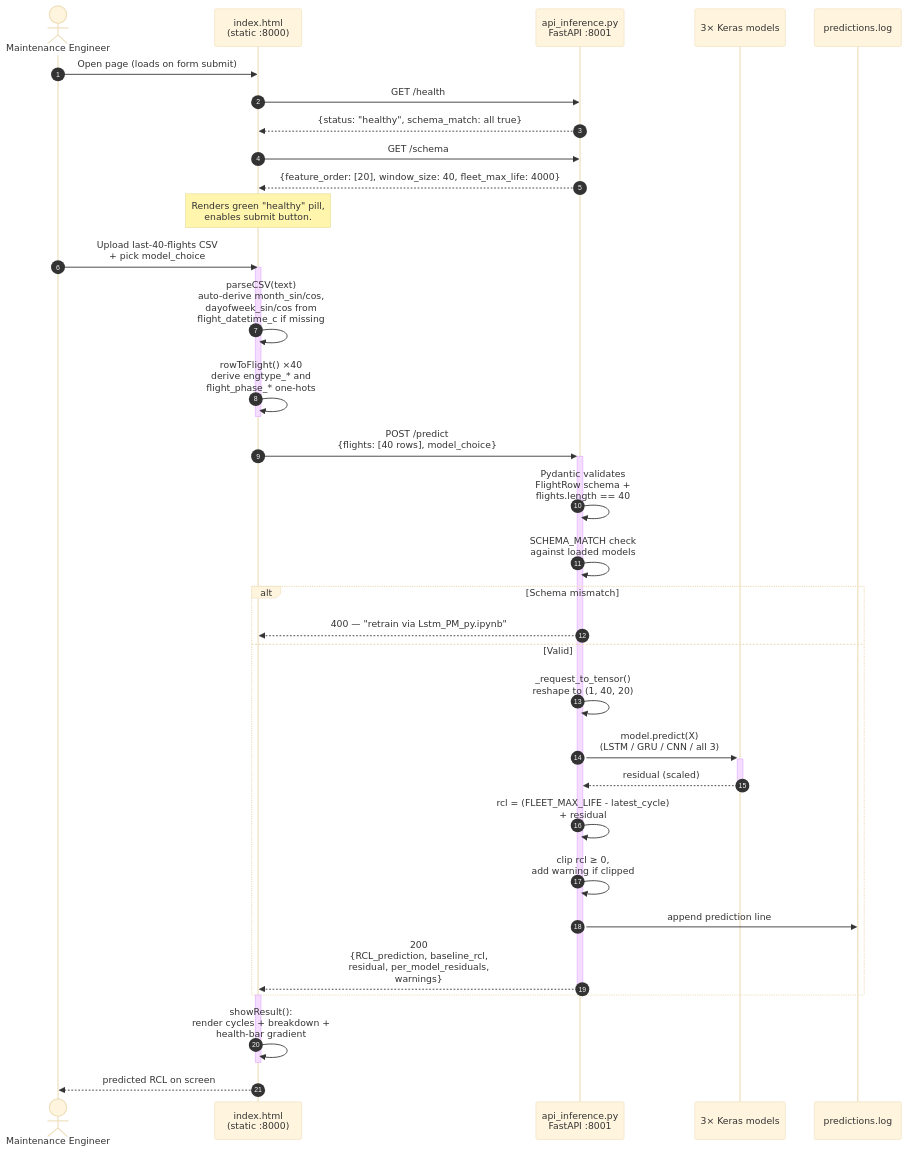
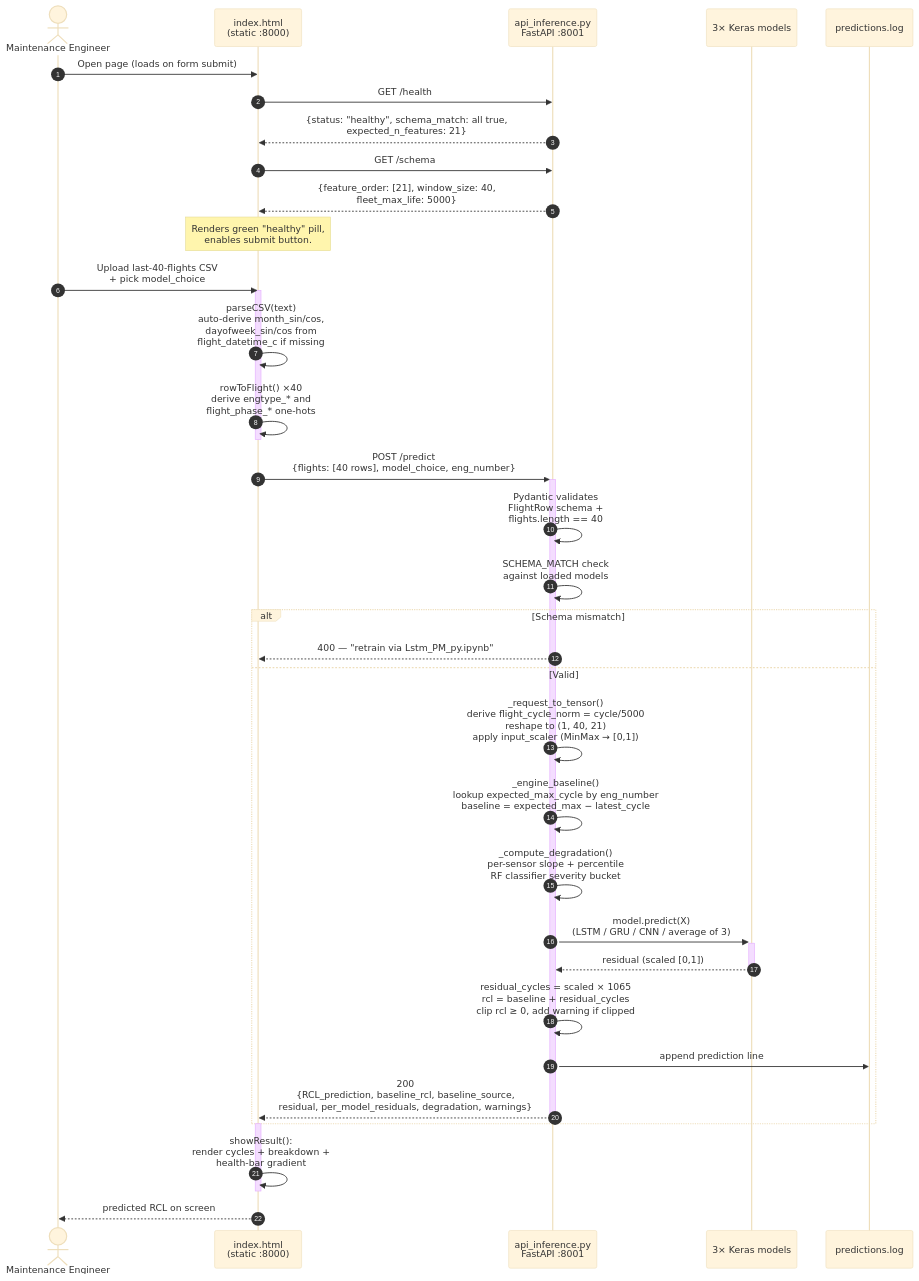
The fourth of 6 diagrams in FLOWCHARTS.md (mhassan18015/Aircraft-Engine-Removal-Forecast), drawn with Mermaid (base theme) before and after one commit. The commit also changed other lines of this file and 6 other files, not shown here.

````diff
--- a/FLOWCHARTS.md
+++ b/FLOWCHARTS.md
@@ -221,43 +223,44 @@
 ```mermaid
 sequenceDiagram
     autonumber
     actor User as Maintenance Engineer
     participant Browser as index.html<br/>(static :8000)
     participant API as api_inference.py<br/>FastAPI :8001
     participant Models as 3× Keras models
     participant Log as predictions.log
 
     User->>Browser: Open page (loads on form submit)
     Browser->>API: GET /health
-    API-->>Browser: {status: "healthy", schema_match: all true}
+    API-->>Browser: {status: "healthy", schema_match: all true,<br/>expected_n_features: 21}
     Browser->>API: GET /schema
-    API-->>Browser: {feature_order: [20], window_size: 40, fleet_max_life: 4000}
+    API-->>Browser: {feature_order: [21], window_size: 40,<br/>fleet_max_life: 5000}
     Note over Browser: Renders green "healthy" pill,<br/>enables submit button.
 
     User->>Browser: Upload last-40-flights CSV<br/>+ pick model_choice
     activate Browser
     Browser->>Browser: parseCSV(text)<br/>auto-derive month_sin/cos,<br/>dayofweek_sin/cos from<br/>flight_datetime_c if missing
     Browser->>Browser: rowToFlight() ×40<br/>derive engtype_* and<br/>flight_phase_* one-hots
     deactivate Browser
 
-    Browser->>+API: POST /predict<br/>{flights: [40 rows], model_choice}
+    Browser->>+API: POST /predict<br/>{flights: [40 rows], model_choice, eng_number}
     API->>API: Pydantic validates<br/>FlightRow schema +<br/>flights.length == 40
     API->>API: SCHEMA_MATCH check<br/>against loaded models
 
     alt Schema mismatch
         API-->>Browser: 400 — "retrain via Lstm_PM_py.ipynb"
     else Valid
-        API->>API: _request_to_tensor()<br/>reshape to (1, 40, 20)
-        API->>+Models: model.predict(X)<br/>(LSTM / GRU / CNN / all 3)
-        Models-->>-API: residual (scaled)
-        API->>API: rcl = (FLEET_MAX_LIFE - latest_cycle)<br/>+ residual
-        API->>API: clip rcl ≥ 0,<br/>add warning if clipped
+        API->>API: _request_to_tensor()<br/>derive flight_cycle_norm = cycle/5000<br/>reshape to (1, 40, 21)<br/>apply input_scaler (MinMax → [0,1])
+        API->>API: _engine_baseline()<br/>lookup expected_max_cycle by eng_number<br/>baseline = expected_max − latest_cycle
+        API->>API: _compute_degradation()<br/>per-sensor slope + percentile<br/>RF classifier severity bucket
+        API->>+Models: model.predict(X)<br/>(LSTM / GRU / CNN / average of 3)
+        Models-->>-API: residual (scaled [0,1])
+        API->>API: residual_cycles = scaled × 1065<br/>rcl = baseline + residual_cycles<br/>clip rcl ≥ 0, add warning if clipped
         API->>Log: append prediction line
-        API-->>-Browser: 200<br/>{RCL_prediction, baseline_rcl,<br/>residual, per_model_residuals,<br/>warnings}
+        API-->>-Browser: 200<br/>{RCL_prediction, baseline_rcl, baseline_source,<br/>residual, per_model_residuals, degradation, warnings}
     end
 
     activate Browser
     Browser->>Browser: showResult():<br/>render cycles + breakdown +<br/>health-bar gradient
     deactivate Browser
     Browser-->>User: predicted RCL on screen
 ```
````
